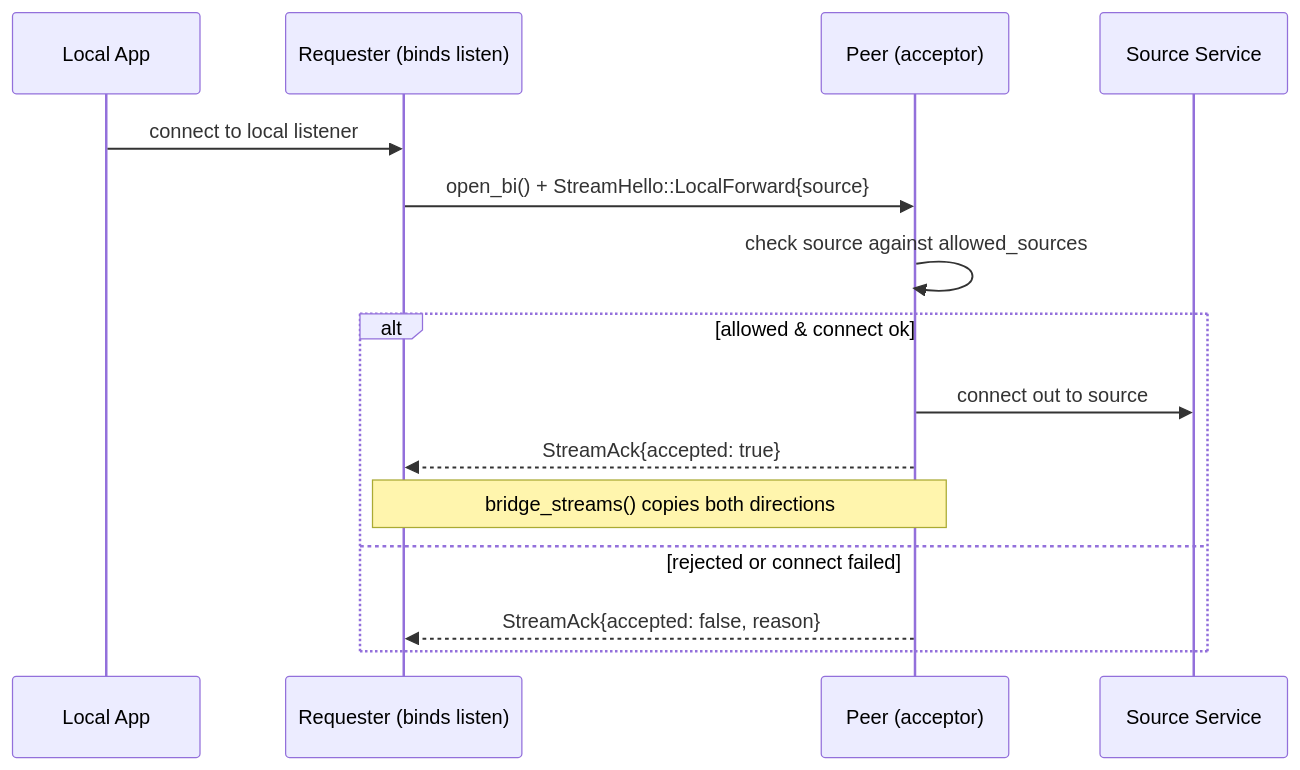
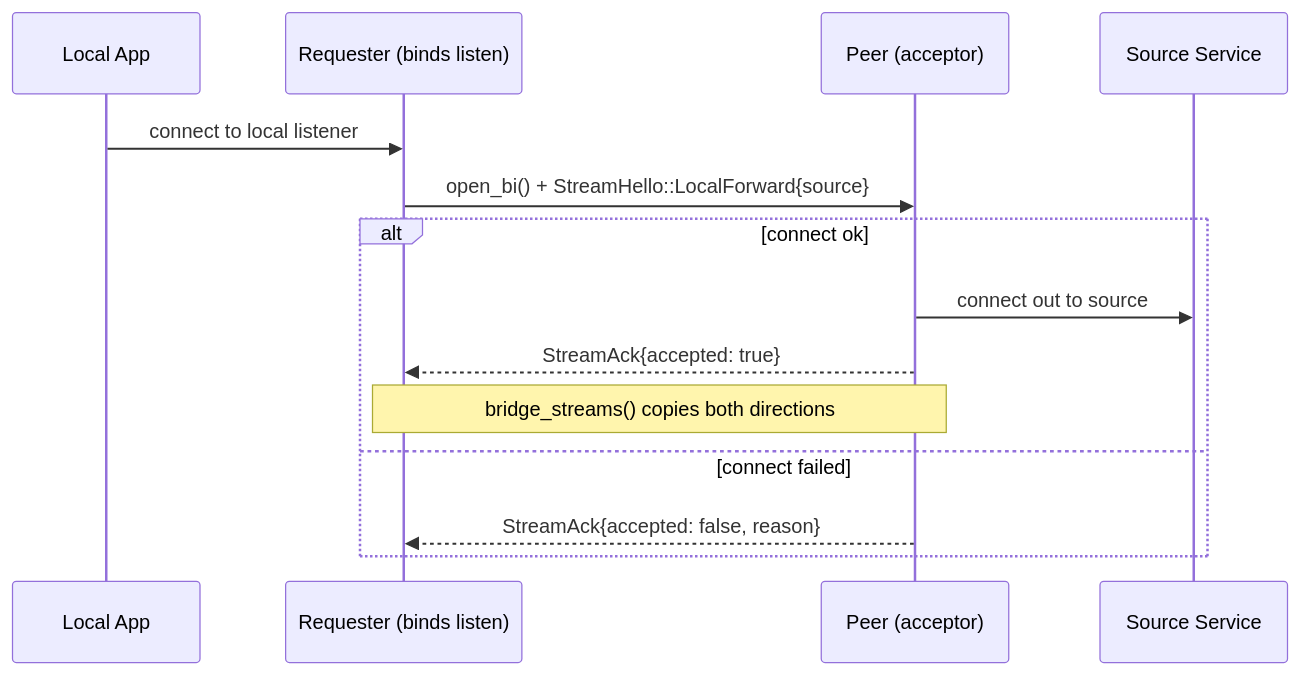
Before and after one commit to andrewtheguy/duopipe: the eighth of 21 diagrams in docs/ARCHITECTURE.md, drawn with Mermaid. The commit also changed other lines of this file and 12 other files, not shown here.

````diff
--- a/docs/ARCHITECTURE.md
+++ b/docs/ARCHITECTURE.md
@@ -280,18 +275,17 @@
 ```mermaid
 sequenceDiagram
     participant App as Local App
     participant O as Requester (binds listen)
     participant P as Peer (acceptor)
     participant T as Source Service
 
     App->>O: connect to local listener
     O->>P: open_bi() + StreamHello::LocalForward{source}
-    P->>P: check source against allowed_sources
-    alt allowed & connect ok
+    alt connect ok
         P->>T: connect out to source
         P-->>O: StreamAck{accepted: true}
         Note over O,P: bridge_streams() copies both directions
-    else rejected or connect failed
+    else connect failed
         P-->>O: StreamAck{accepted: false, reason}
     end
 ```
````
